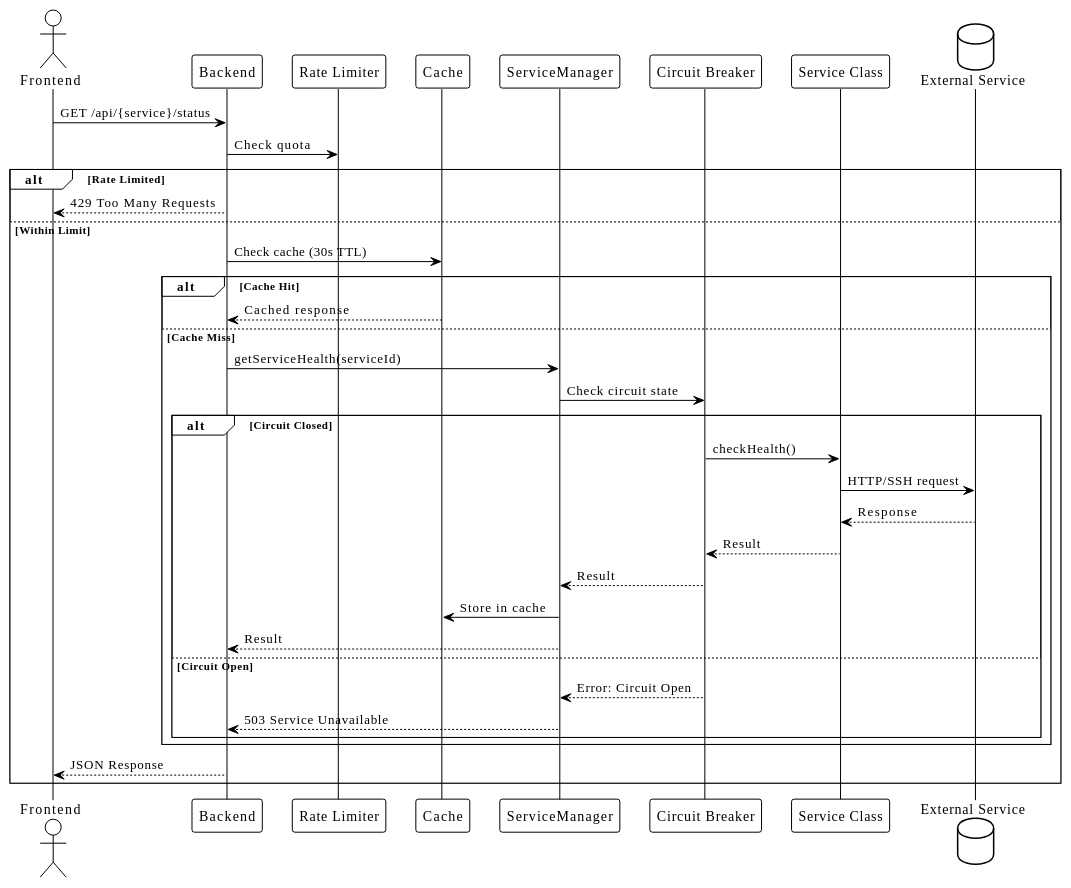
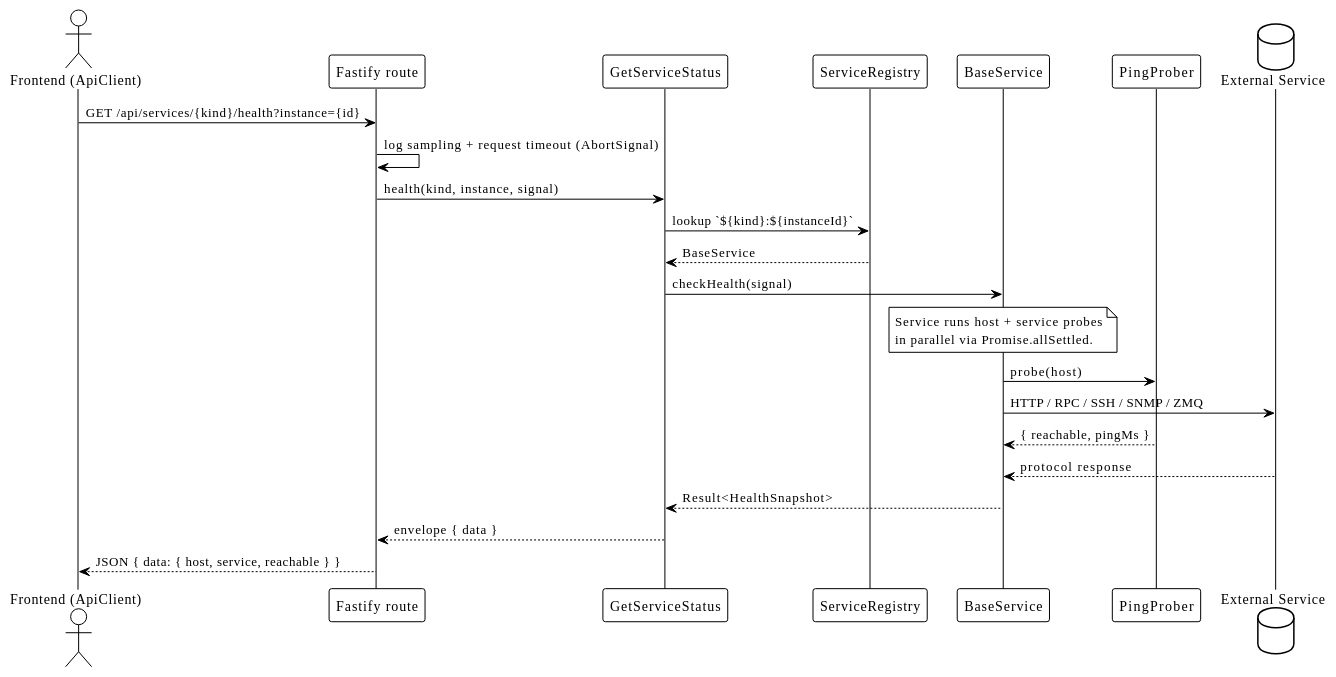
One commit to EraPartner/Watchman changed the second of 4 diagrams in docs/architecture/data-flow.md. Above: the diagram before and after it, drawn with PlantUML. The commit also changed other lines of this file and 9 other files, not shown here.

First line of the commit message:
docs: align KB with ADR-017 (no auth) and add interactive flow visualizer

````diff
--- a/docs/architecture/data-flow.md
+++ b/docs/architecture/data-flow.md
@@ -178,41 +190,33 @@
 ```plantuml
 @startuml
 !theme plain
 
-actor "Frontend" as FE
-participant "Backend" as BE
-participant "Rate Limiter" as RateLimit
-participant "Cache" as Cache
-participant "ServiceManager" as SvcMgr
-participant "Circuit Breaker" as CB
-participant "Service Class" as Svc
+actor "Frontend (ApiClient)" as FE
+participant "Fastify route" as API
+participant "GetServiceStatus" as App
+participant "ServiceRegistry" as Reg
+participant "BaseService" as Svc
+participant "PingProber" as Ping
 database "External Service" as ExtSvc
 
-FE -> BE : GET /api/{service}/status
-BE -> RateLimit : Check quota
-alt Rate Limited
-    BE --> FE : 429 Too Many Requests
-else Within Limit
-    BE -> Cache : Check cache (30s TTL)
-    alt Cache Hit
-        Cache --> BE : Cached response
-    else Cache Miss
-        BE -> SvcMgr : getServiceHealth(serviceId)
-        SvcMgr -> CB : Check circuit state
-        alt Circuit Closed
-            CB -> Svc : checkHealth()
-            Svc -> ExtSvc : HTTP/SSH request
-            ExtSvc --> Svc : Response
-            Svc --> CB : Result
-            CB --> SvcMgr : Result
-            SvcMgr -> Cache : Store in cache
-            SvcMgr --> BE : Result
-        else Circuit Open
-            CB --> SvcMgr : Error: Circuit Open
-            SvcMgr --> BE : 503 Service Unavailable
-        end
-    end
-    BE --> FE : JSON Response
-end
+FE -> API : GET /api/services/{kind}/health?instance={id}
+API -> API : log sampling + request timeout (AbortSignal)
+API -> App : health(kind, instance, signal)
+App -> Reg : lookup `${kind}:${instanceId}`
+Reg --> App : BaseService
+App -> Svc : checkHealth(signal)
+
+note over Svc
+  Service runs host + service probes
+  in parallel via Promise.allSettled.
+end note
+
+Svc -> Ping : probe(host)
+Svc -> ExtSvc : HTTP / RPC / SSH / SNMP / ZMQ
+Ping --> Svc : { reachable, pingMs }
+ExtSvc --> Svc : protocol response
+Svc --> App : Result<HealthSnapshot>
+App --> API : envelope { data }
+API --> FE : JSON { data: { host, service, reachable } }
 @enduml
 ```
````
